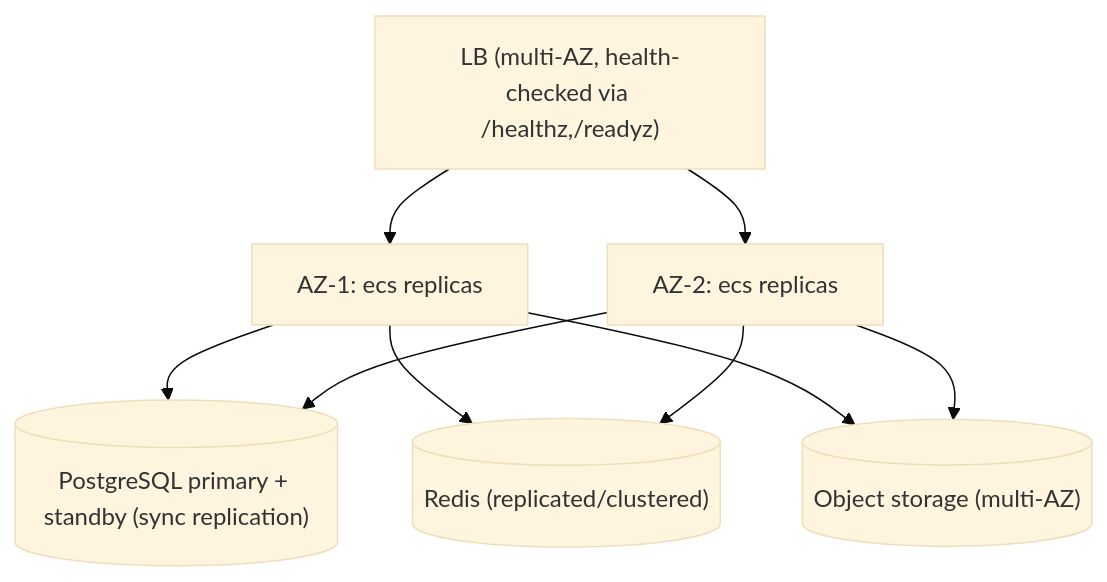
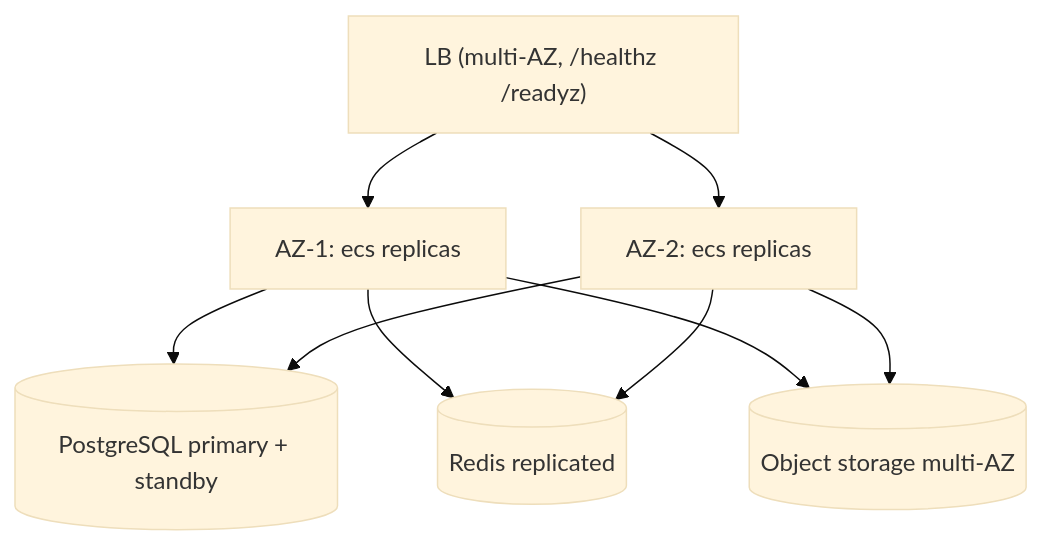
Before and after one commit to ECS-Platform/ecs-enterprise-backup: the sixth of 7 diagrams in docs/02-architecture/architecture/ecs_deployment_architecture.md, drawn with Mermaid (base theme). The commit also changed other lines of this file and 25 other files, not shown here.

Commit message:
docs: complete Phase-1 architecture documentation

````diff
--- a/docs/02-architecture/architecture/ecs_deployment_architecture.md
+++ b/docs/02-architecture/architecture/ecs_deployment_architecture.md
@@ -170,9 +257,9 @@
 ```mermaid
 graph TD
-  LB["LB (multi-AZ, health-checked via /healthz,/readyz)"]
+  LB["LB (multi-AZ, /healthz /readyz)"]
   LB --> AZ1["AZ-1: ecs replicas"]
   LB --> AZ2["AZ-2: ecs replicas"]
-  AZ1 & AZ2 --> PGHA[("PostgreSQL primary + standby (sync replication)")]
-  AZ1 & AZ2 --> REDISHA[("Redis (replicated/clustered)")]
-  AZ1 & AZ2 --> OBJHA[("Object storage (multi-AZ)")]
+  AZ1 & AZ2 --> PGHA[("PostgreSQL primary + standby")]
+  AZ1 & AZ2 --> REDISHA[("Redis replicated")]
+  AZ1 & AZ2 --> OBJHA[("Object storage multi-AZ")]
 ```
````
